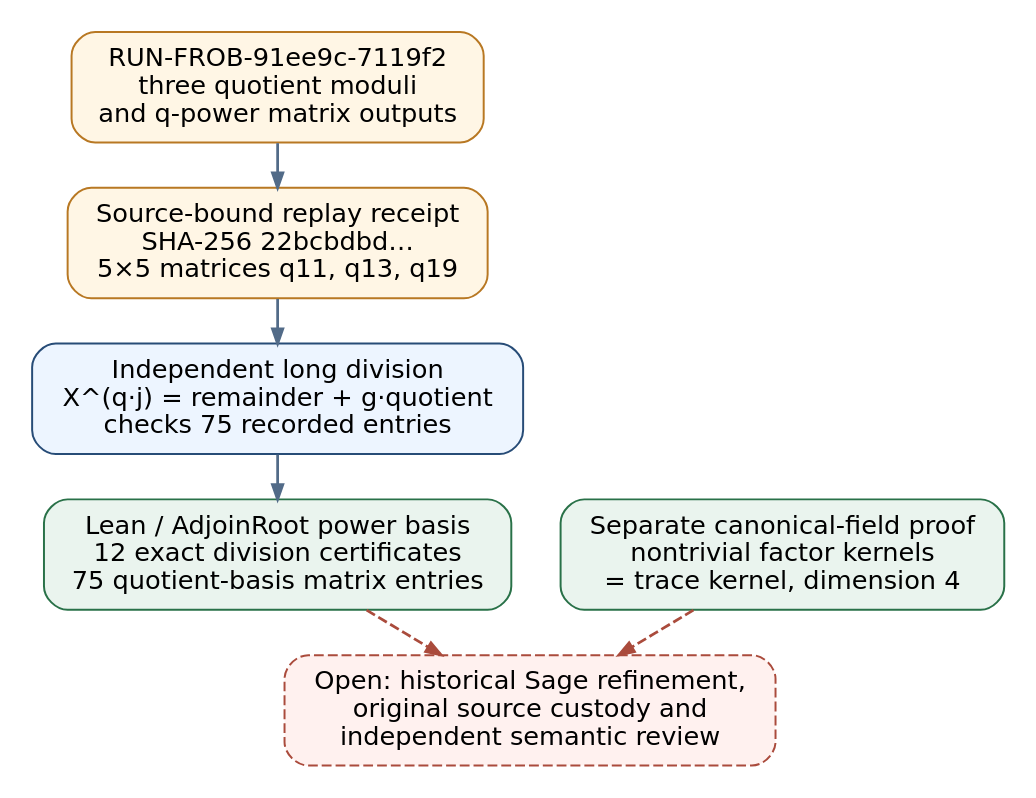
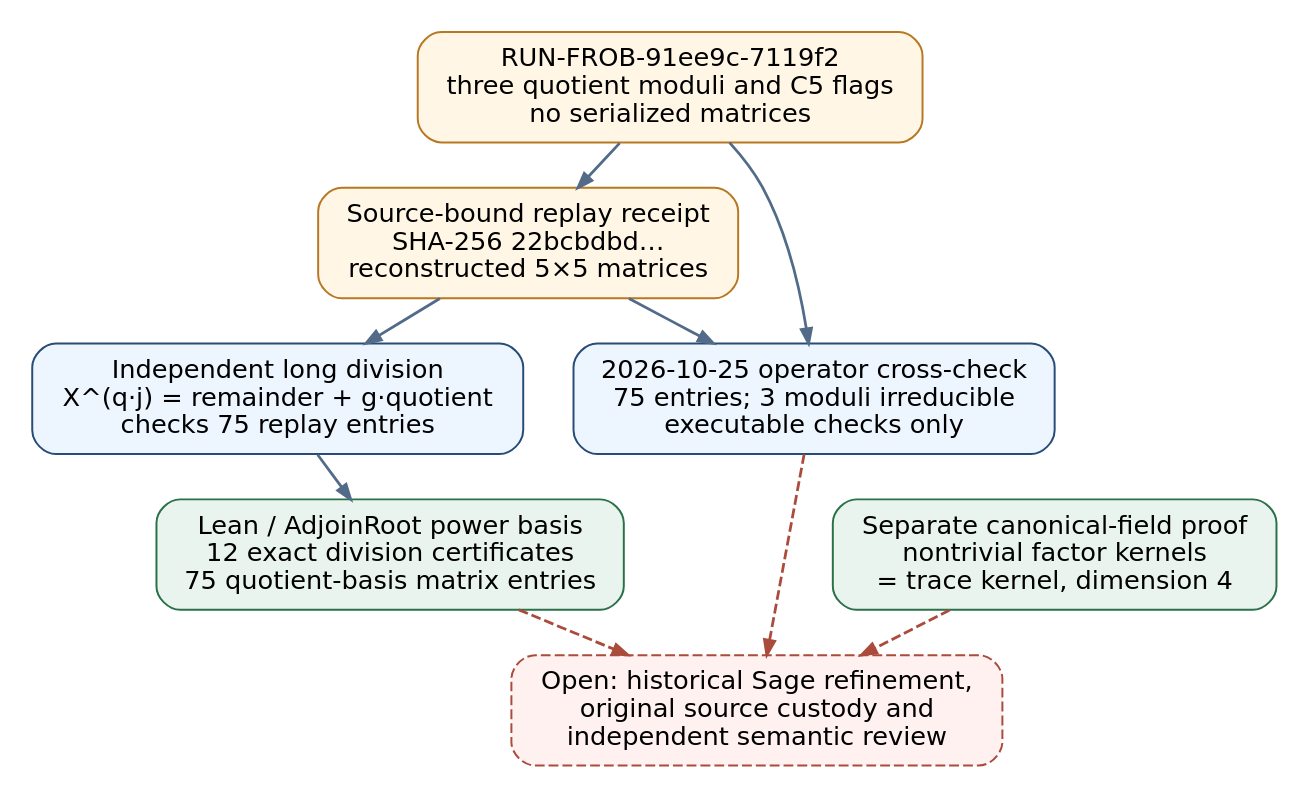
Before and after one commit to aburan28/crypto-autoresearcher: the diagram in docs/reports/2026-10-22-frob-c5-quotient-matrices/proof.dot, drawn with Graphviz. The commit also changed 11 other files, not shown here.

Commit message:
audit FROB C5 quotient provenance and correct proof graph

```diff
--- a/docs/reports/2026-10-22-frob-c5-quotient-matrices/proof.dot
+++ b/docs/reports/2026-10-22-frob-c5-quotient-matrices/proof.dot
@@ -1,14 +1,18 @@
 digraph QuotientMatrix {
   graph [rankdir=TB, bgcolor="white", fontname="DejaVu Sans", nodesep=0.35, ranksep=0.32, pad=0.12];
   node [shape=box, style="rounded,filled", fontname="DejaVu Sans", fontsize=13, color="#274c77", fillcolor="#edf5ff", margin="0.16,0.10"];
   edge [color="#526b88", arrowsize=0.75, penwidth=1.4];
-  frozen [label="RUN-FROB-91ee9c-7119f2\nthree quotient moduli\nand q-power matrix outputs", fillcolor="#fff6e5", color="#b87823"];
-  replay [label="Source-bound replay receipt\nSHA-256 22bcbdbd…\n5×5 matrices q11, q13, q19", fillcolor="#fff6e5", color="#b87823"];
-  generator [label="Independent long division\nX^(q·j) = remainder + g·quotient\nchecks 75 recorded entries", fillcolor="#edf5ff", color="#274c77"];
+  frozen [label="RUN-FROB-91ee9c-7119f2\nthree quotient moduli and C5 flags\nno serialized matrices", fillcolor="#fff6e5", color="#b87823"];
+  replay [label="Source-bound replay receipt\nSHA-256 22bcbdbd…\nreconstructed 5×5 matrices", fillcolor="#fff6e5", color="#b87823"];
+  generator [label="Independent long division\nX^(q·j) = remainder + g·quotient\nchecks 75 replay entries", fillcolor="#edf5ff", color="#274c77"];
+  audit [label="2026-10-25 operator cross-check\n75 entries; 3 moduli irreducible\nexecutable checks only", fillcolor="#edf5ff", color="#274c77"];
   lean [label="Lean / AdjoinRoot power basis\n12 exact division certificates\n75 quotient-basis matrix entries", fillcolor="#eaf4ee", color="#297148"];
   factor [label="Separate canonical-field proof\nnontrivial factor kernels\n= trace kernel, dimension 4", fillcolor="#eaf4ee", color="#297148"];
   open [label="Open: historical Sage refinement,\noriginal source custody and\nindependent semantic review", style="rounded,dashed,filled", fillcolor="#fff1ef", color="#aa4b3c"];
   frozen -> replay -> generator -> lean;
+  frozen -> audit;
+  replay -> audit;
+  audit -> open [style=dashed, color="#aa4b3c"];
   lean -> open [style=dashed, color="#aa4b3c"];
   factor -> open [style=dashed, color="#aa4b3c"];
 }
```
